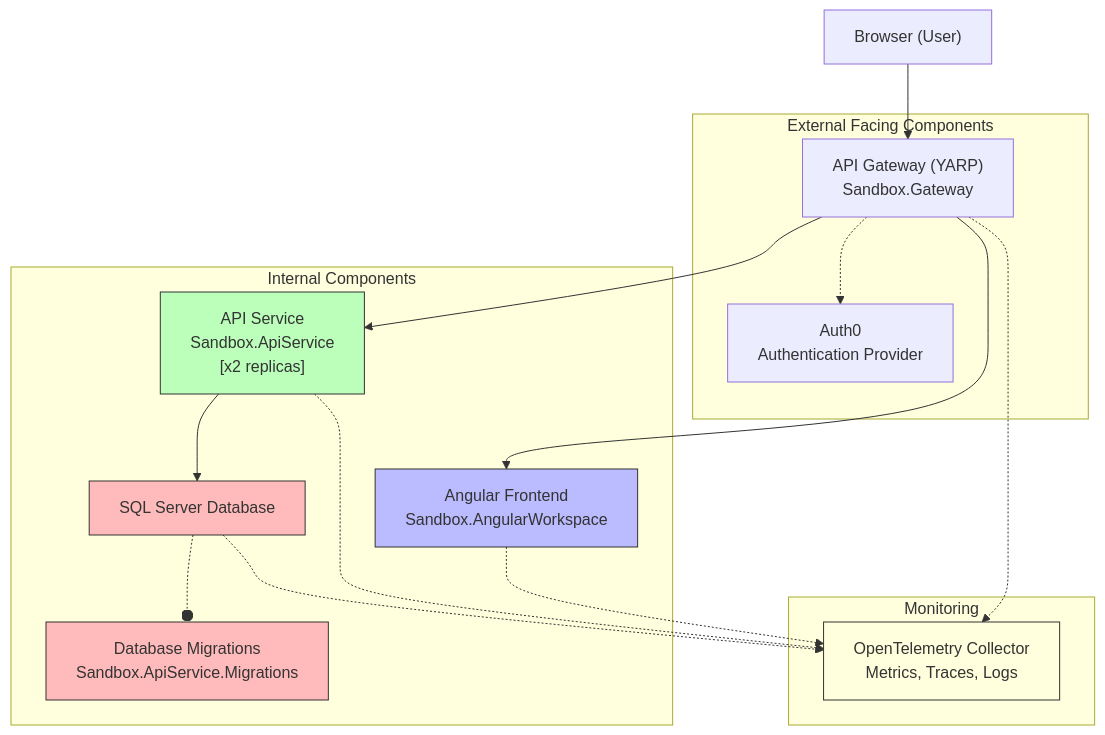
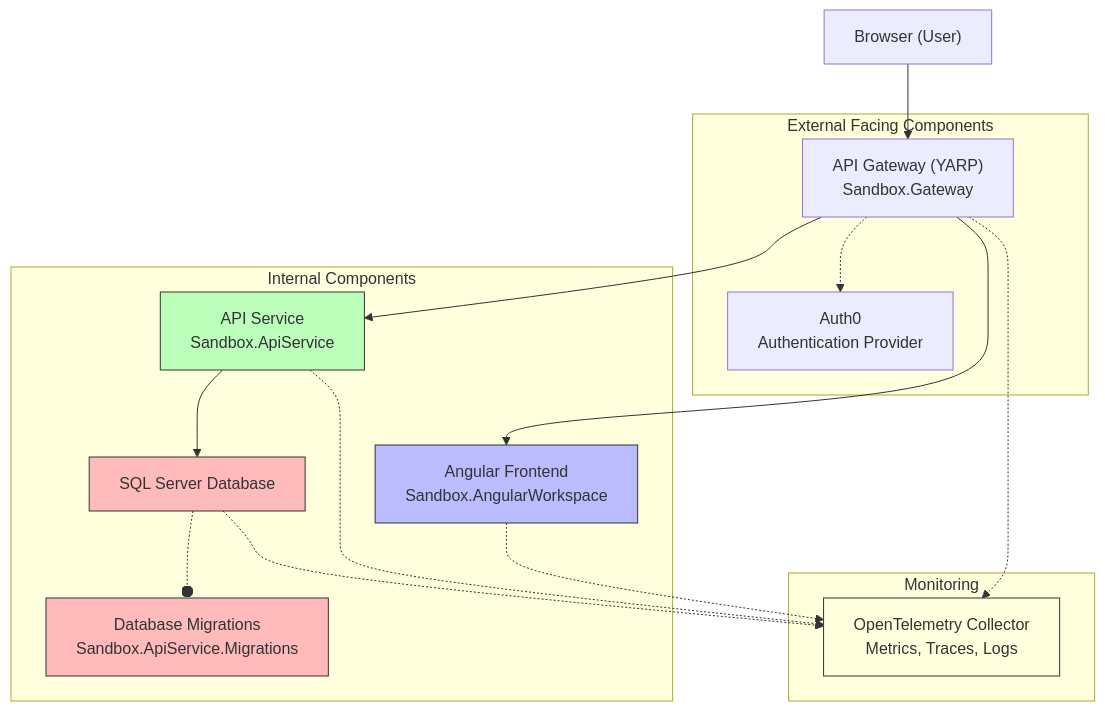
One commit to timdeschryver/Sandbox changed the diagram in README.md. Above: the diagram before and after it, drawn with Mermaid. The commit also changed other lines of this file, not shown here.

````diff
--- a/README.md
+++ b/README.md
@@ -15,46 +26,46 @@
 ```mermaid
 graph TD
     User["Browser (User)"] --> Gateway
 
     subgraph "External Facing Components"
         Gateway["API Gateway (YARP)<br>Sandbox.Gateway"]
         Auth0["Auth0<br>Authentication Provider"]
     end
 
     subgraph "Internal Components"
         AngularApp["Angular Frontend<br>Sandbox.AngularWorkspace"]
-        ApiService["API Service<br>Sandbox.ApiService<br>[x2 replicas]"]
+        ApiService["API Service<br>Sandbox.ApiService<br>"]
         SqlDatabase["SQL Server Database"]
         DbMigrations["Database Migrations<br>Sandbox.ApiService.Migrations"]
 
         Gateway --> AngularApp
         Gateway --> ApiService
         ApiService --> SqlDatabase
         SqlDatabase -.-o DbMigrations
         Gateway -.-> Auth0
     end
 
     subgraph "Monitoring"
         OpenTelemetry["OpenTelemetry Collector<br>Metrics, Traces, Logs"]
         Gateway -.-> OpenTelemetry
         AngularApp -.-> OpenTelemetry
         ApiService -.-> OpenTelemetry
         SqlDatabase -.-> OpenTelemetry
     end
 
     classDef externalFacing fill:#f96,stroke:#333,stroke-width:3px,stroke-dasharray: 5 5;
     classDef gateway fill:#f9f,stroke:#333,stroke-width:2px;
     classDef frontend fill:#bbf,stroke:#333,stroke-width:1px;
     classDef backend fill:#bfb,stroke:#333,stroke-width:1px;
     classDef database fill:#fbb,stroke:#333,stroke-width:1px;
     classDef secrets fill:#9cf,stroke:#333,stroke-width:1px;
     classDef auth fill:#f99,stroke:#333,stroke-width:1px;
     classDef monitoring fill:#ffd,stroke:#333,stroke-width:1px;
 
     class Gateway gateway,externalFacing;
     class Auth0 auth,externalFacing;
     class AngularApp frontend;
     class ApiService backend;
     class SqlDatabase,DbMigrations database;
     class OpenTelemetry monitoring;
 ```
````
